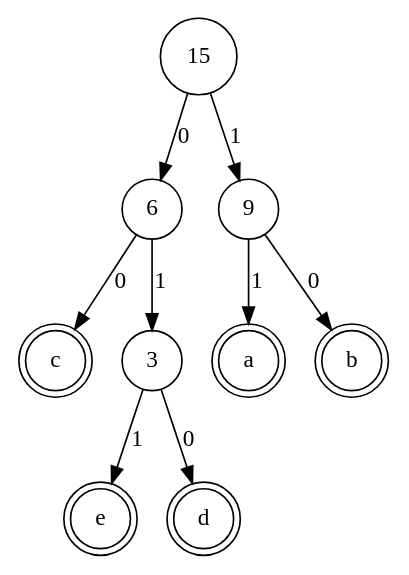
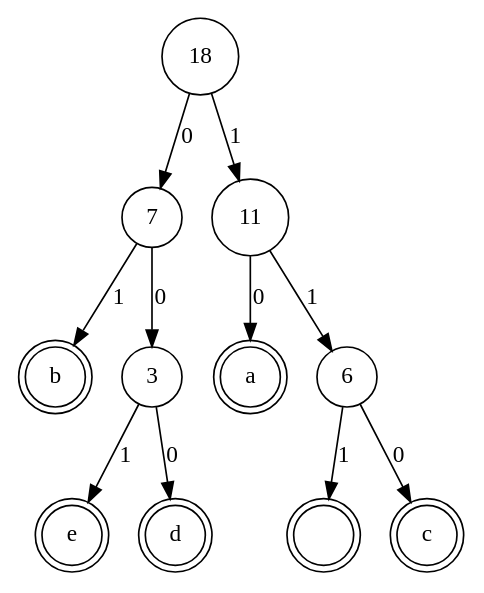
The diagram in Huffman_/archivos_test/prova.gv (JCorrea13/E22_ALPRO3), drawn with Graphviz before and after one commit. The commit also changed 4 other files, not shown here.

```diff
--- a/Huffman_/archivos_test/prova.gv
+++ b/Huffman_/archivos_test/prova.gv
@@ -1,22 +1,27 @@
 
 digraph arboreHuffman { 
-node [shape = doublecircle]; 0 1 4 3 2 ;
+node [shape = doublecircle]; 5 2 0 1 4 3 ;
 node [shape = circle]; 
-8[label= "15"];
+10[label= "18"];
+10 -> 8 [ label = "0"]; 
+10 -> 9 [ label = "1"]; 
+9[label= "11"];
+9 -> 0 [ label = "0"]; 
+9 -> 7 [ label = "1"]; 
+7[label= "6"];
+7 -> 2 [ label = "0"]; 
+7 -> 5 [ label = "1"]; 
+5[label= "
+"];
+2[label= "c"];
+0[label= "a"];
+8[label= "7"];
 8 -> 6 [ label = "0"]; 
-8 -> 7 [ label = "1"]; 
-7[label= "9"];
-7 -> 1 [ label = "0"]; 
-7 -> 0 [ label = "1"]; 
-0[label= "a"];
+8 -> 1 [ label = "1"]; 
 1[label= "b"];
-6[label= "6"];
-6 -> 2 [ label = "0"]; 
-6 -> 5 [ label = "1"]; 
-5[label= "3"];
-5 -> 3 [ label = "0"]; 
-5 -> 4 [ label = "1"]; 
+6[label= "3"];
+6 -> 3 [ label = "0"]; 
+6 -> 4 [ label = "1"]; 
 4[label= "e"];
 3[label= "d"];
-2[label= "c"];
 }
```
